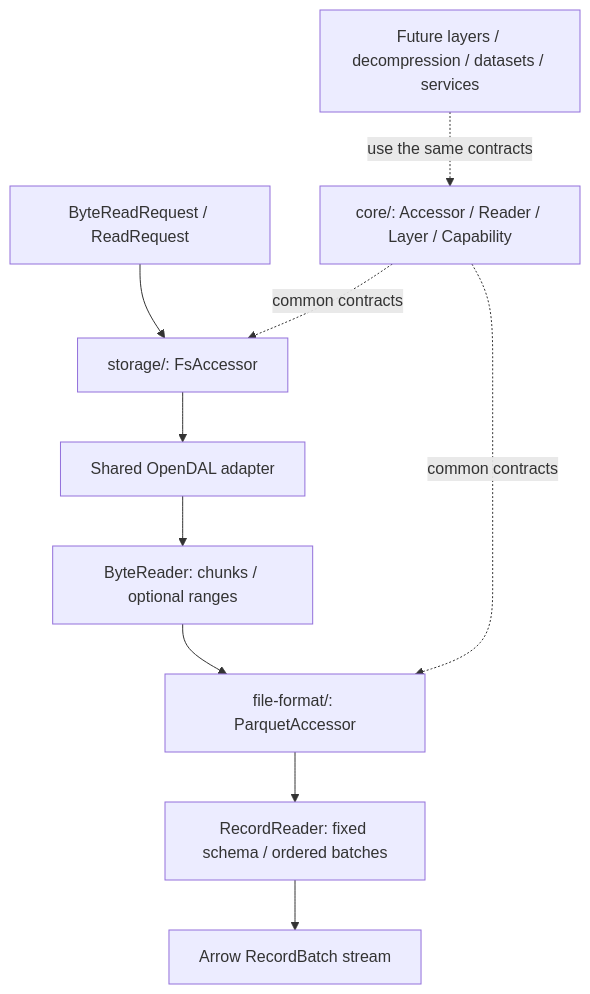
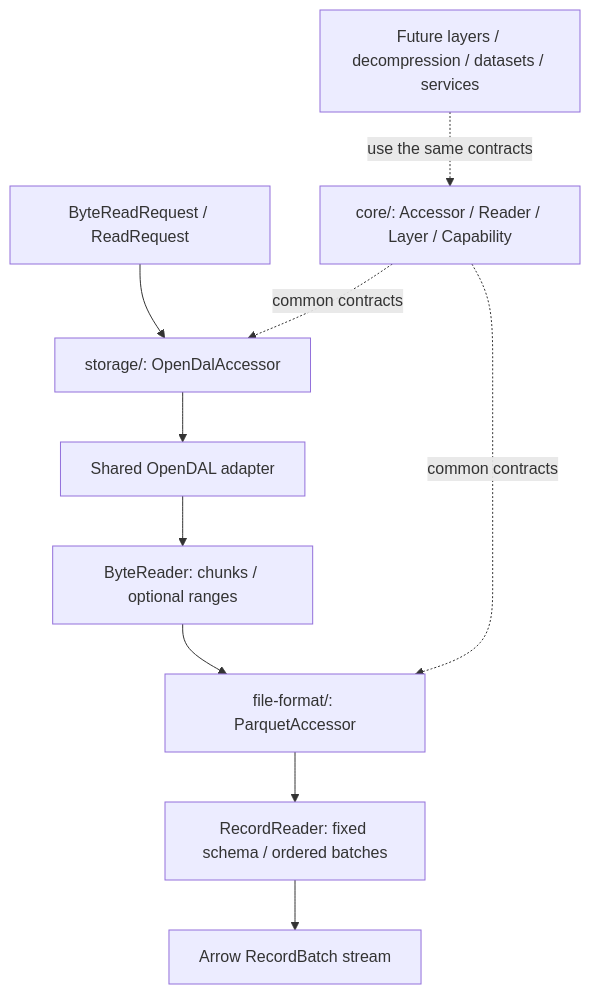
One commit to dentiny/open-arrow-access changed the diagram in docs/architecture.md. Above: the diagram before and after it, drawn with Mermaid. The commit also changed other lines of this file and 24 other files, not shown here.

Commit message:
Use OpenDalAccessor as the only storage accessor

````diff
--- a/docs/architecture.md
+++ b/docs/architecture.md
@@ -8,12 +8,12 @@
 ```mermaid
 flowchart TD
-    Request[ByteReadRequest / ReadRequest] --> Storage[storage/: FsAccessor]
+    Request[ByteReadRequest / ReadRequest] --> Storage[storage/: OpenDalAccessor]
     Storage --> OpenDAL[Shared OpenDAL adapter]
     OpenDAL --> Bytes[ByteReader: chunks / optional ranges]
     Bytes --> Format[file-format/: ParquetAccessor]
     Format --> Records[RecordReader: fixed schema / ordered batches]
     Records --> Stream[Arrow RecordBatch stream]
     Core[core/: Accessor / Reader / Layer / Capability] -. common contracts .-> Storage
     Core -. common contracts .-> Format
     Future[Future layers / decompression / datasets / services] -. use the same contracts .-> Core
 ```
````
